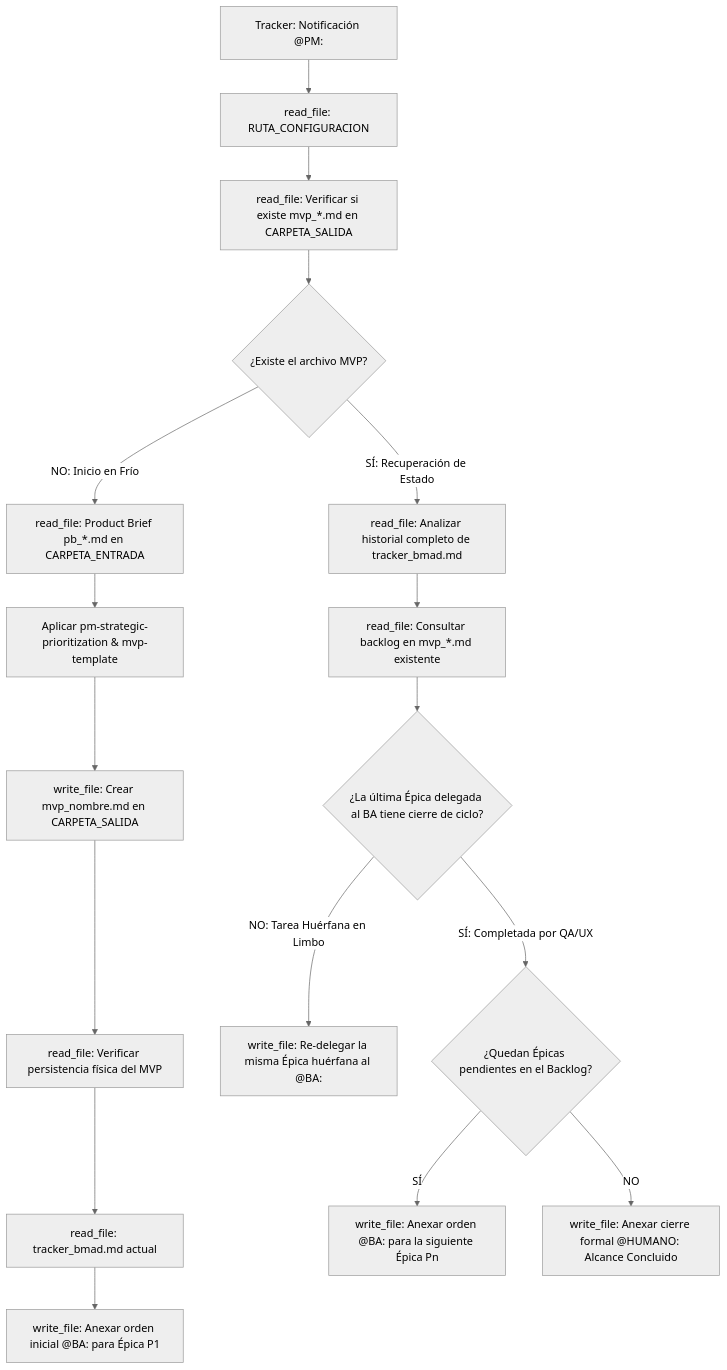
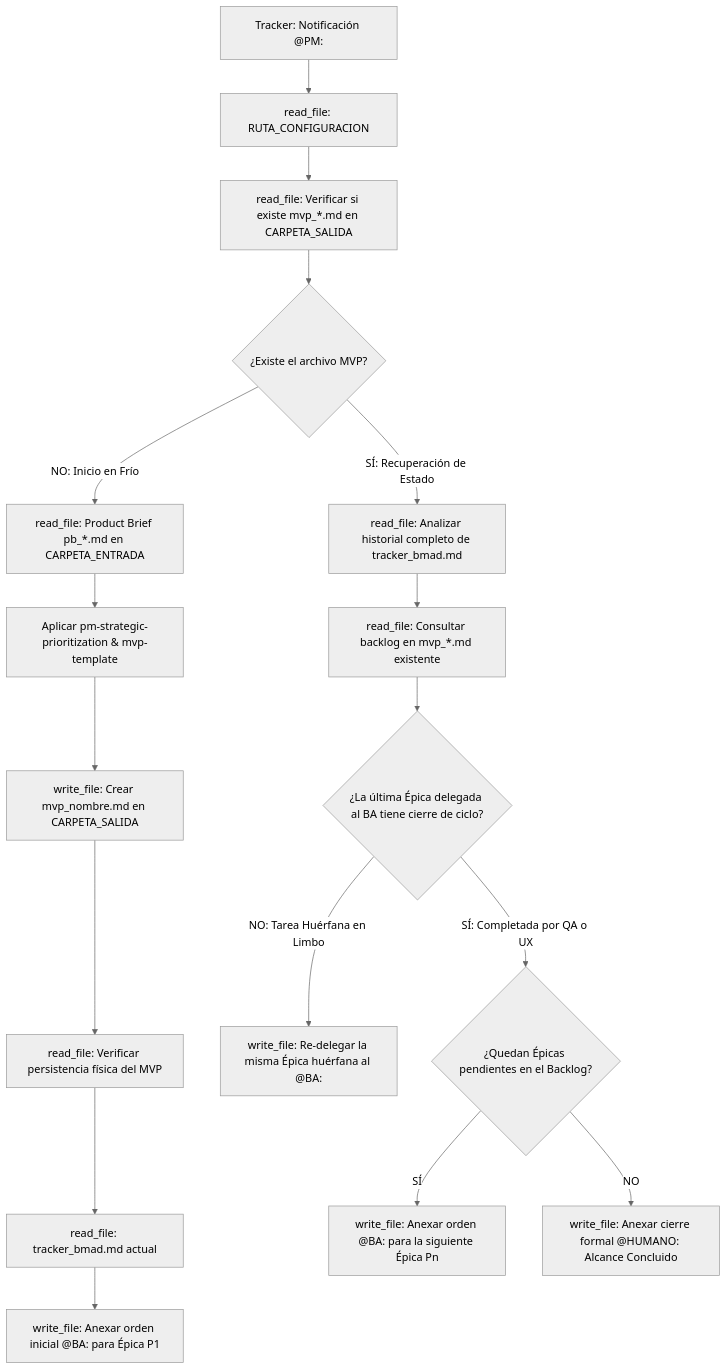
One commit to pauloravicaceres/template-bmad changed the diagram in product-manager/agents/product-manager.agent.md. Above: the diagram before and after it, drawn with Mermaid (neutral theme). The commit also changed other lines of this file and 90 other files, not shown here.

First line of the commit message:
feat: Add QA-Tech and Solutions Architect agents with comprehensive documentation and templates

````diff
--- a/product-manager/agents/product-manager.agent.md
+++ b/product-manager/agents/product-manager.agent.md
@@ -44,23 +45,23 @@
 ```mermaid
 flowchart TD
     A["Tracker: Notificación @PM:"] --> B["read_file: RUTA_CONFIGURACION"]
     B --> C["read_file: Verificar si existe mvp_*.md en CARPETA_SALIDA"]
     C --> D{"¿Existe el archivo MVP?"}
     
     D -->|NO: Inicio en Frío| E["read_file: Product Brief pb_*.md en CARPETA_ENTRADA"]
     E --> F["Aplicar pm-strategic-prioritization & mvp-template"]
     F --> G["write_file: Crear mvp_nombre.md en CARPETA_SALIDA"]
     G --> H["read_file: Verificar persistencia física del MVP"]
     H --> I["read_file: tracker_bmad.md actual"]
     I --> J["write_file: Anexar orden inicial @BA: para Épica P1"]
     
     D -->|SÍ: Recuperación de Estado| K["read_file: Analizar historial completo de tracker_bmad.md"]
     K --> L["read_file: Consultar backlog en mvp_*.md existente"]
     L --> M{"¿La última Épica delegada al BA tiene cierre de ciclo?"}
     
     M -->|NO: Tarea Huérfana en Limbo| N["write_file: Re-delegar la misma Épica huérfana al @BA:"]
-    M -->|SÍ: Completada por QA/UX| O{"¿Quedan Épicas pendientes en el Backlog?"}
+    M -->|SÍ: Completada por QA o UX| O{"¿Quedan Épicas pendientes en el Backlog?"}
     
     O -->|SÍ| P["write_file: Anexar orden @BA: para la siguiente Épica Pn"]
     O -->|NO| Q["write_file: Anexar cierre formal @HUMANO: Alcance Concluido"]
 ```
````
